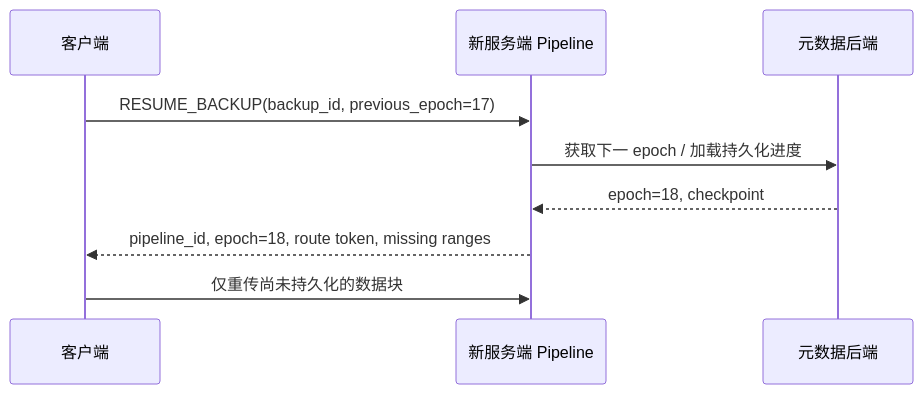
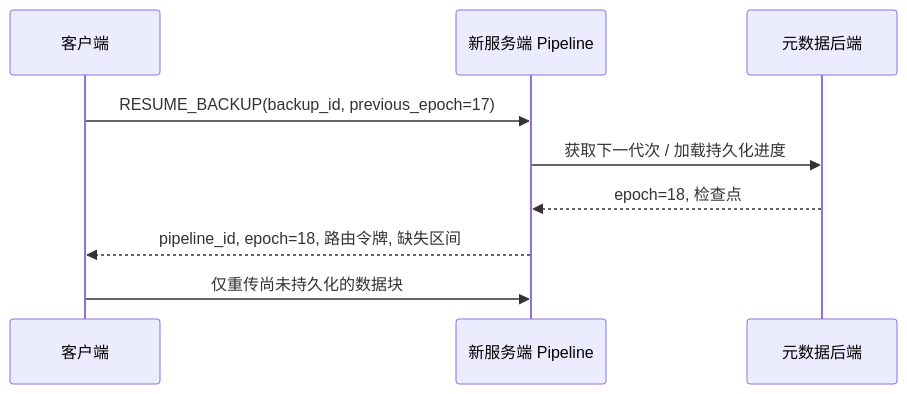
One commit to MyBlackHole/c-trpc changed the diagram in docs/architecture/05-durability-recovery.md. Above: the diagram before and after it, drawn with Mermaid. The commit also changed 11 other files, not shown here.

````diff
--- a/docs/architecture/05-durability-recovery.md
+++ b/docs/architecture/05-durability-recovery.md
@@ -80,12 +80,12 @@
 ```mermaid
 sequenceDiagram
     participant C as 客户端
     participant S as 新服务端 Pipeline
     participant M as 元数据后端
 
     C->>S: RESUME_BACKUP(backup_id, previous_epoch=17)
-    S->>M: 获取下一 epoch / 加载持久化进度
-    M-->>S: epoch=18, checkpoint
-    S-->>C: pipeline_id, epoch=18, route token, missing ranges
+    S->>M: 获取下一代次 / 加载持久化进度
+    M-->>S: epoch=18, 检查点
+    S-->>C: pipeline_id, epoch=18, 路由令牌, 缺失区间
     C->>S: 仅重传尚未持久化的数据块
 ```
````
